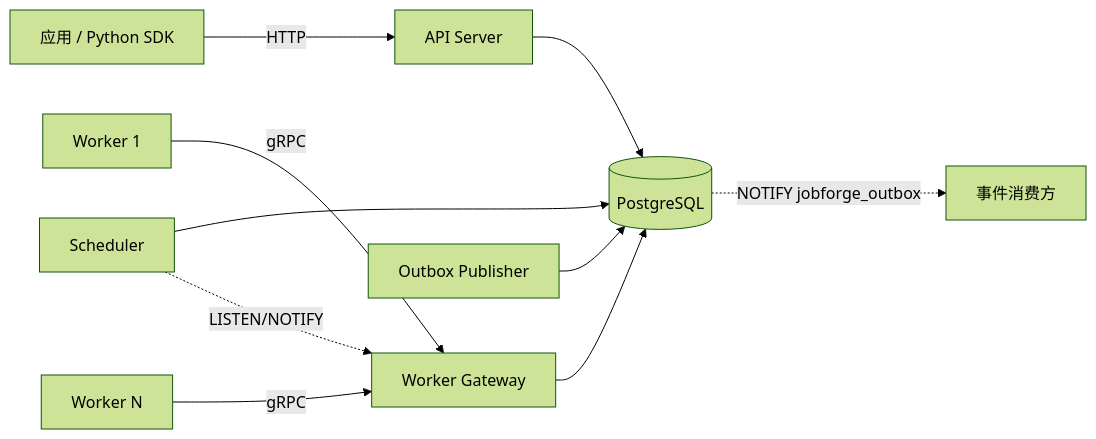
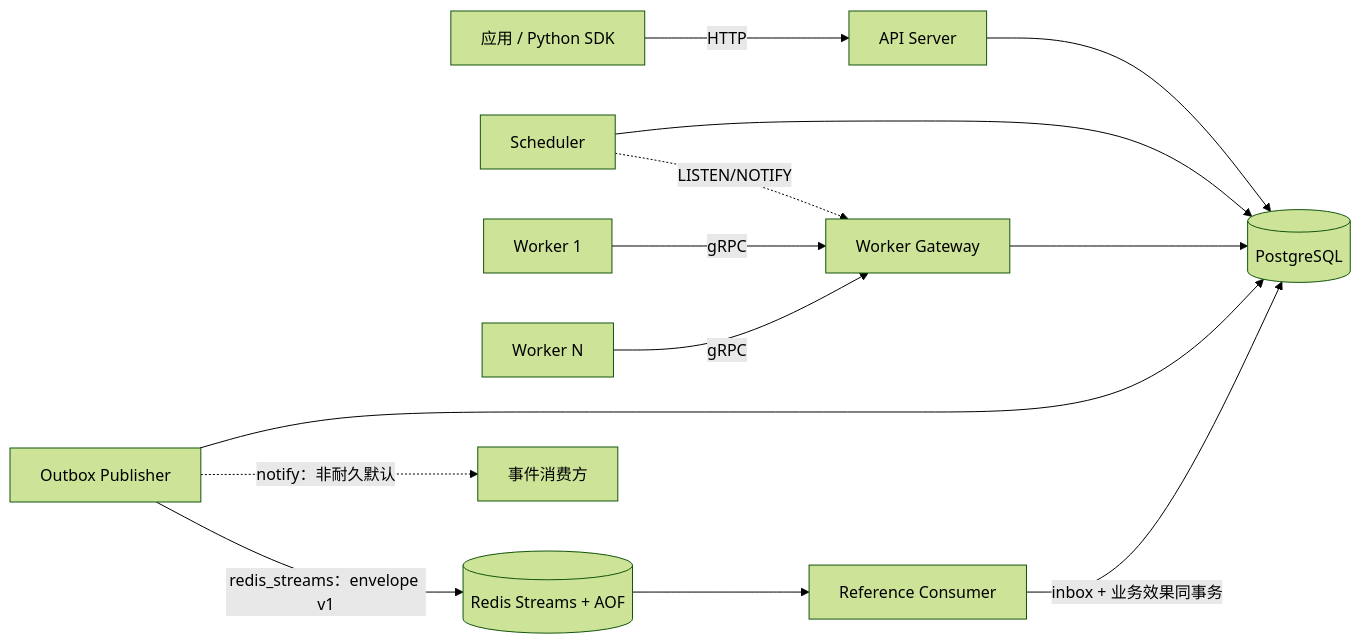
One commit to XJfyrh/JobForge changed the diagram in README.md. Above: the diagram before and after it, drawn with Mermaid (forest theme). The commit also changed other lines of this file and 30 other files, not shown here.

````diff
--- a/README.md
+++ b/README.md
@@ -11,12 +11,15 @@
 ```mermaid
 flowchart LR
     Client[应用 / Python SDK] -->|HTTP| API[API Server]
     API --> PG[(PostgreSQL)]
     Scheduler[Scheduler] --> PG
     Worker1[Worker 1] -->|gRPC| Gateway[Worker Gateway]
     Worker2[Worker N] -->|gRPC| Gateway
     Gateway --> PG
     Scheduler -.->|LISTEN/NOTIFY| Gateway
     Publisher[Outbox Publisher] --> PG
-    PG -.->|NOTIFY jobforge_outbox| Consumers[事件消费方]
+    Publisher -.->|notify：非耐久默认| Consumers[事件消费方]
+    Publisher -->|redis_streams：envelope v1| Redis[(Redis Streams + AOF)]
+    Redis --> ReferenceConsumer[Reference Consumer]
+    ReferenceConsumer -->|inbox + 业务效果同事务| PG
 ```
````
